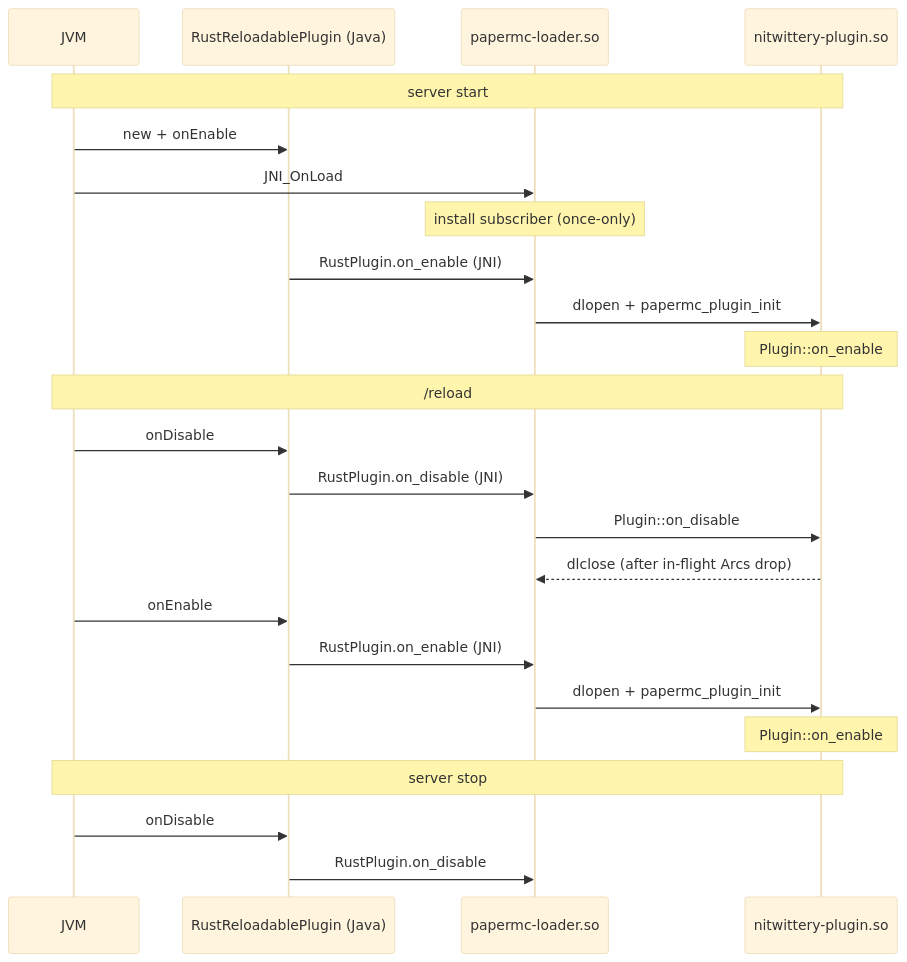
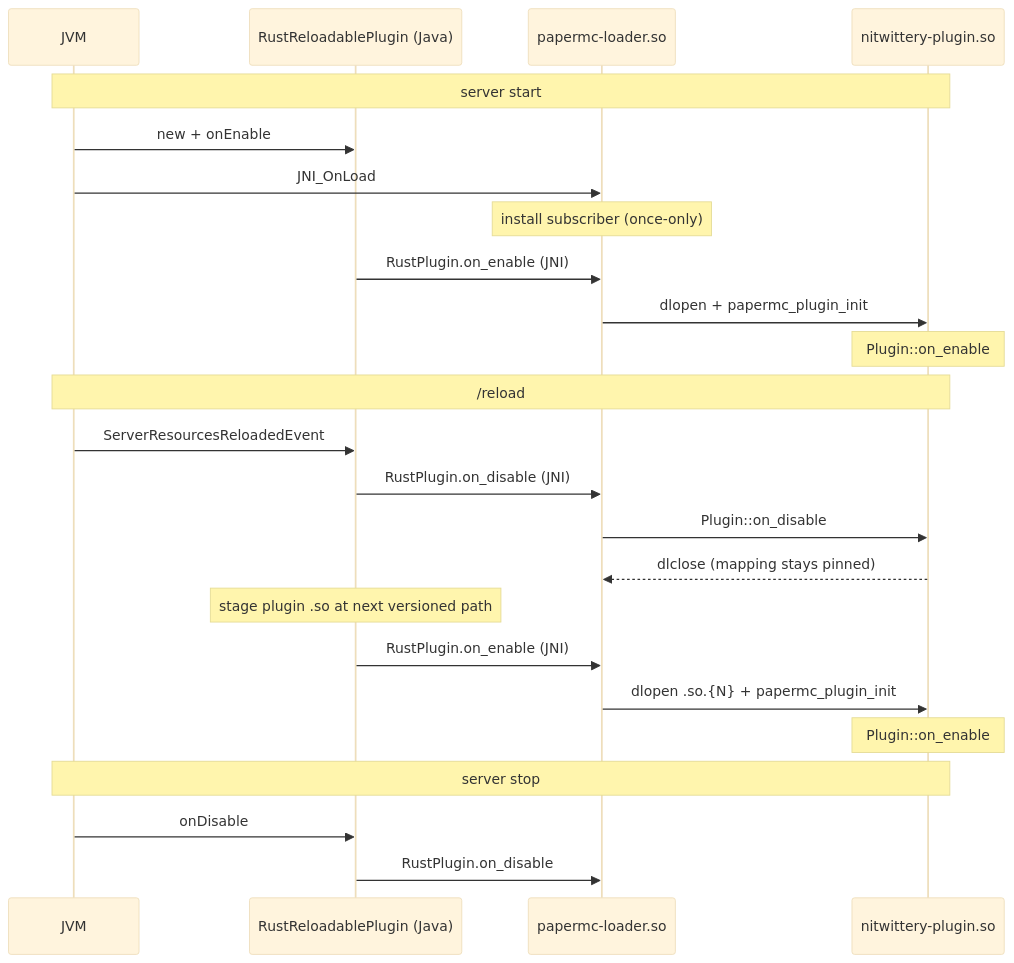
Before and after one commit to Notgnoshi/nitwittery: the first of 2 diagrams in ARCHITECTURE.md, drawn with Mermaid (base theme). The commit also changed other lines of this file and 2 other files, not shown here.

Commit message:
Fix /reload not working
It turns out that by enabling/disabling both the Java and Rust side of
the plugin, the Java side would never find the new native plugin because
the old one never fully unloaded.

This change makes /reload toggle only the Rust side of the plugin, which
is what we want anyway. /reload can't be used to reload the Java side
anyways.

Additionally, dlopen will cache the library by path, so we add a version
counter to the end. dlclose isn't guaranteed to unload the library,
presumably because there's still a reference to it somewhere (Claude's
hypothesis was a TLS destructor, but I'm not convinced).

````diff
--- a/ARCHITECTURE.md
+++ b/ARCHITECTURE.md
@@ -45,29 +49,29 @@
 ```mermaid
 sequenceDiagram
     participant JVM
     participant RRP as RustReloadablePlugin (Java)
     participant Loader as papermc-loader.so
     participant Plugin as nitwittery-plugin.so
 
     Note over JVM,Plugin: server start
     JVM->>RRP: new + onEnable
     JVM->>Loader: JNI_OnLoad
     Note over Loader: install subscriber (once-only)
     RRP->>Loader: RustPlugin.on_enable (JNI)
     Loader->>Plugin: dlopen + papermc_plugin_init
     Note over Plugin: Plugin::on_enable
 
     Note over JVM,Plugin: /reload
-    JVM->>RRP: onDisable
+    JVM->>RRP: ServerResourcesReloadedEvent
     RRP->>Loader: RustPlugin.on_disable (JNI)
     Loader->>Plugin: Plugin::on_disable
-    Plugin-->>Loader: dlclose (after in-flight Arcs drop)
-    JVM->>RRP: onEnable
+    Plugin-->>Loader: dlclose (mapping stays pinned)
+    Note over RRP: stage plugin .so at next versioned path
     RRP->>Loader: RustPlugin.on_enable (JNI)
-    Loader->>Plugin: dlopen + papermc_plugin_init
+    Loader->>Plugin: dlopen .so.{N} + papermc_plugin_init
     Note over Plugin: Plugin::on_enable
 
     Note over JVM,Plugin: server stop
     JVM->>RRP: onDisable
     RRP->>Loader: RustPlugin.on_disable
 ```
````
